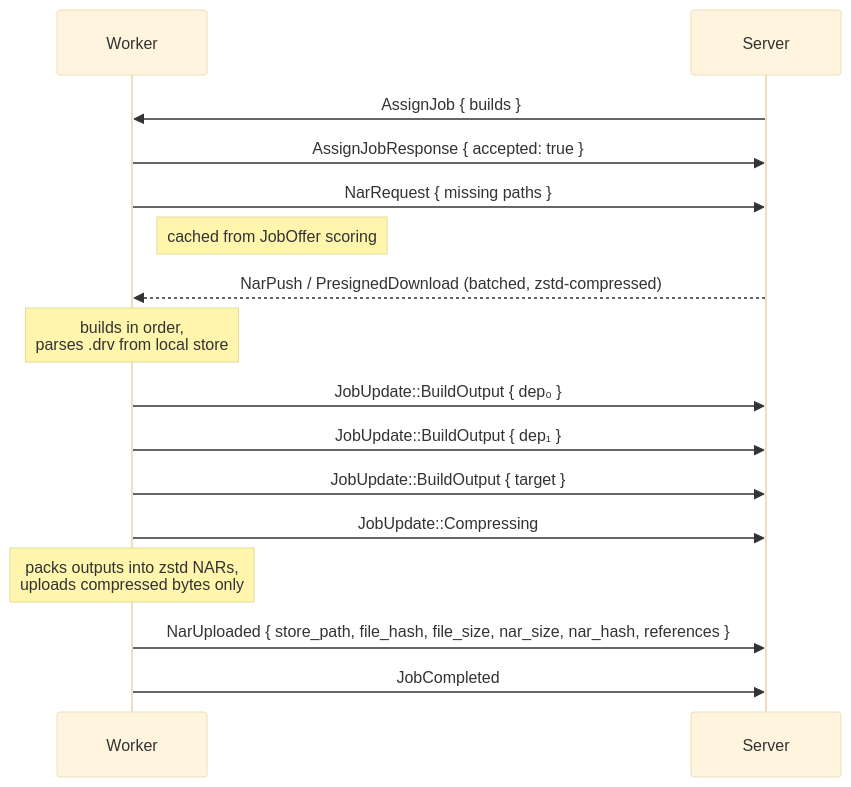
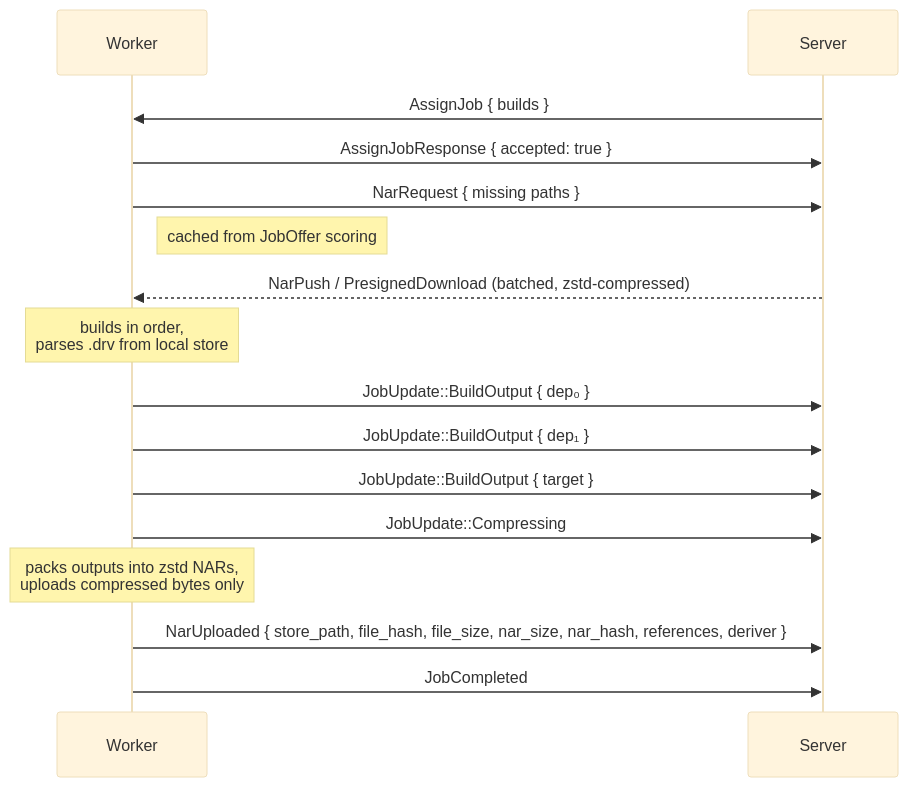
One commit to wavelens/gradient changed diagram 16 of 25 in docs/src/development/proto.md. Above: the diagram before and after it, drawn with Mermaid (base theme). The commit also changed other lines of this file and 19 other files, not shown here.

````diff
--- a/docs/src/development/proto.md
+++ b/docs/src/development/proto.md
@@ -719,19 +725,19 @@
 ```mermaid
 sequenceDiagram
     participant W as Worker
     participant S as Server
 
     S->>W: AssignJob { builds }
     W->>S: AssignJobResponse { accepted: true }
     W->>S: NarRequest { missing paths }
     Note right of W: cached from JobOffer scoring
     S-->>W: NarPush / PresignedDownload (batched, zstd-compressed)
     Note over W: builds in order,<br/>parses .drv from local store
     W->>S: JobUpdate::BuildOutput { dep₀ }
     W->>S: JobUpdate::BuildOutput { dep₁ }
     W->>S: JobUpdate::BuildOutput { target }
     W->>S: JobUpdate::Compressing
     Note over W: packs outputs into zstd NARs,<br/>uploads compressed bytes only
-    W->>S: NarUploaded { store_path, file_hash, file_size, nar_size, nar_hash, references }
+    W->>S: NarUploaded { store_path, file_hash, file_size, nar_size, nar_hash, references, deriver }
     W->>S: JobCompleted
 ```
````
